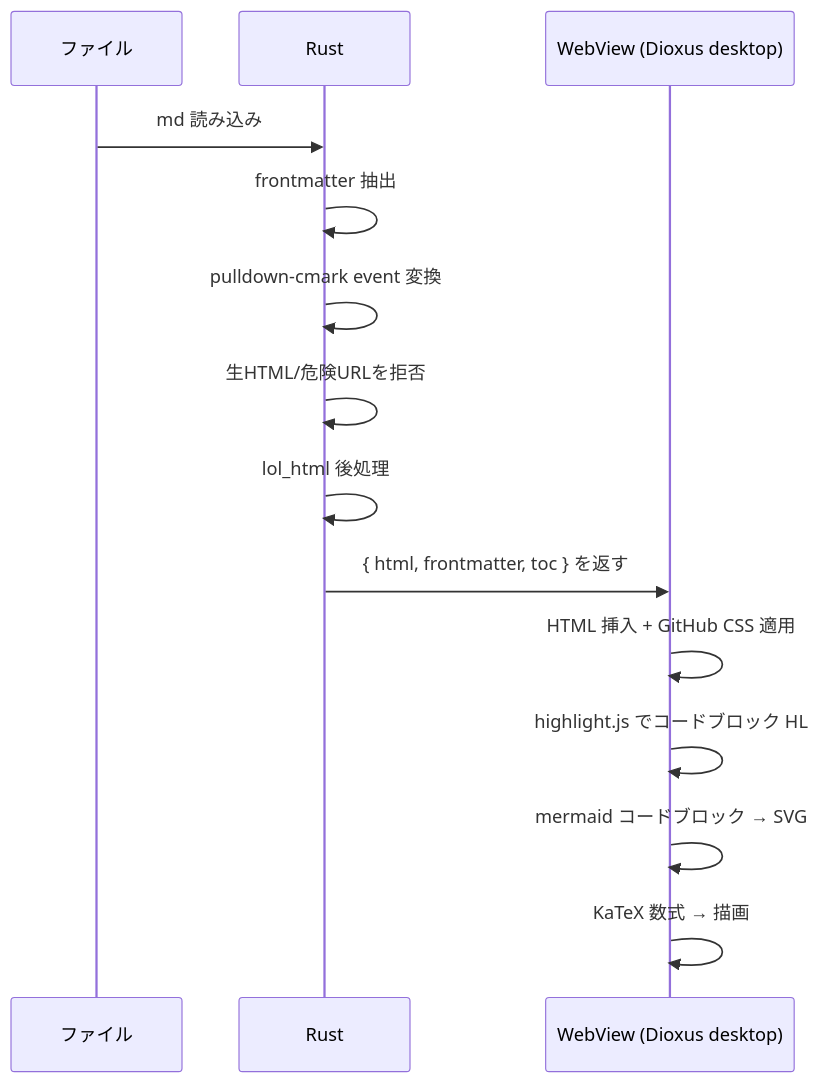
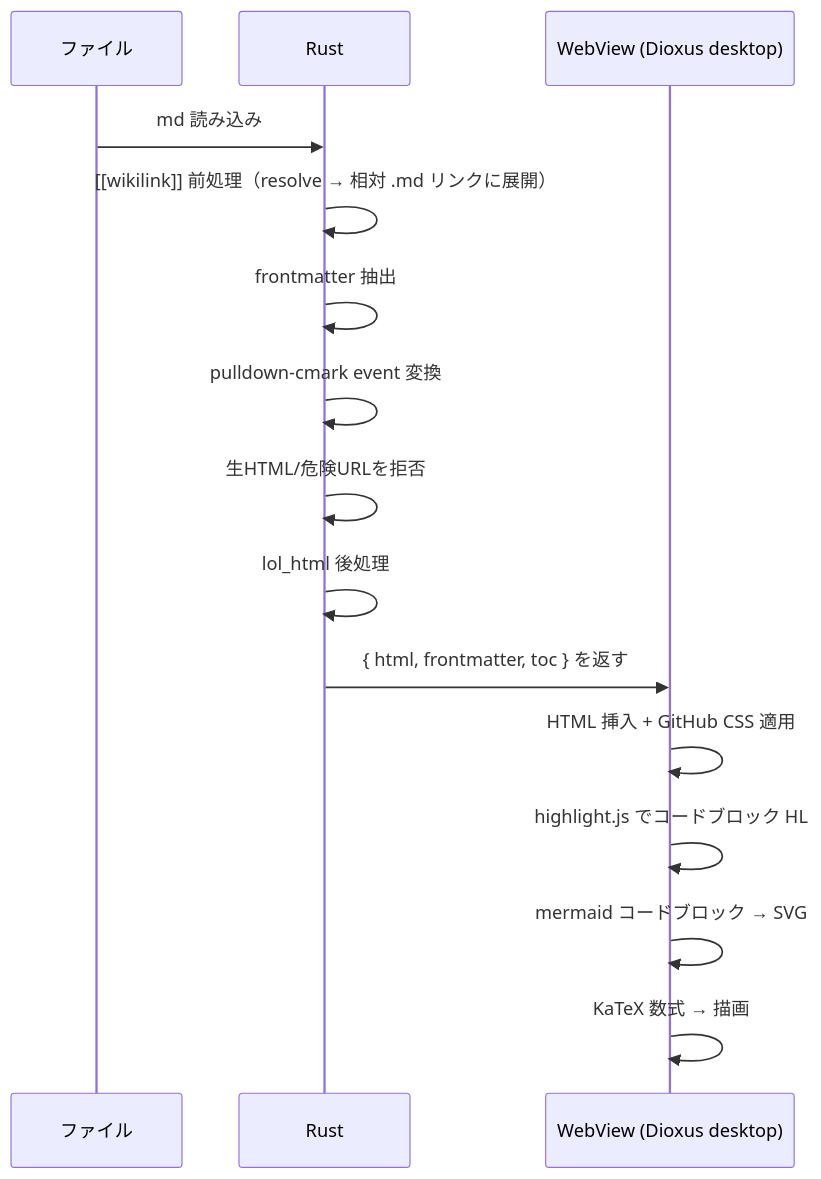
Before and after one commit to MizuRyu/mzed: the first of 2 diagrams in docs/specs/06-rendering-pipeline.md, drawn with Mermaid. The commit also changed other lines of this file and 7 other files, not shown here.

````diff
--- a/docs/specs/06-rendering-pipeline.md
+++ b/docs/specs/06-rendering-pipeline.md
@@ -7,17 +7,18 @@
 ```mermaid
 sequenceDiagram
     participant FS as ファイル
     participant BG as Rust
     participant WV as WebView (Dioxus desktop)
 
     FS->>BG: md 読み込み
+    BG->>BG: [[wikilink]] 前処理（resolve → 相対 .md リンクに展開）
     BG->>BG: frontmatter 抽出
     BG->>BG: pulldown-cmark event 変換
     BG->>BG: 生HTML/危険URLを拒否
     BG->>BG: lol_html 後処理
     BG->>WV: { html, frontmatter, toc } を返す
     WV->>WV: HTML 挿入 + GitHub CSS 適用
     WV->>WV: highlight.js でコードブロック HL
     WV->>WV: mermaid コードブロック → SVG
     WV->>WV: KaTeX 数式 → 描画
 ```
````
